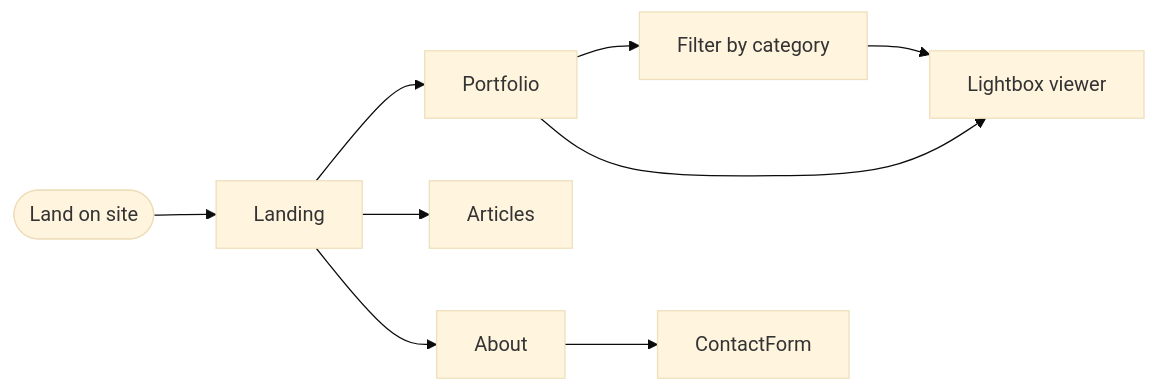
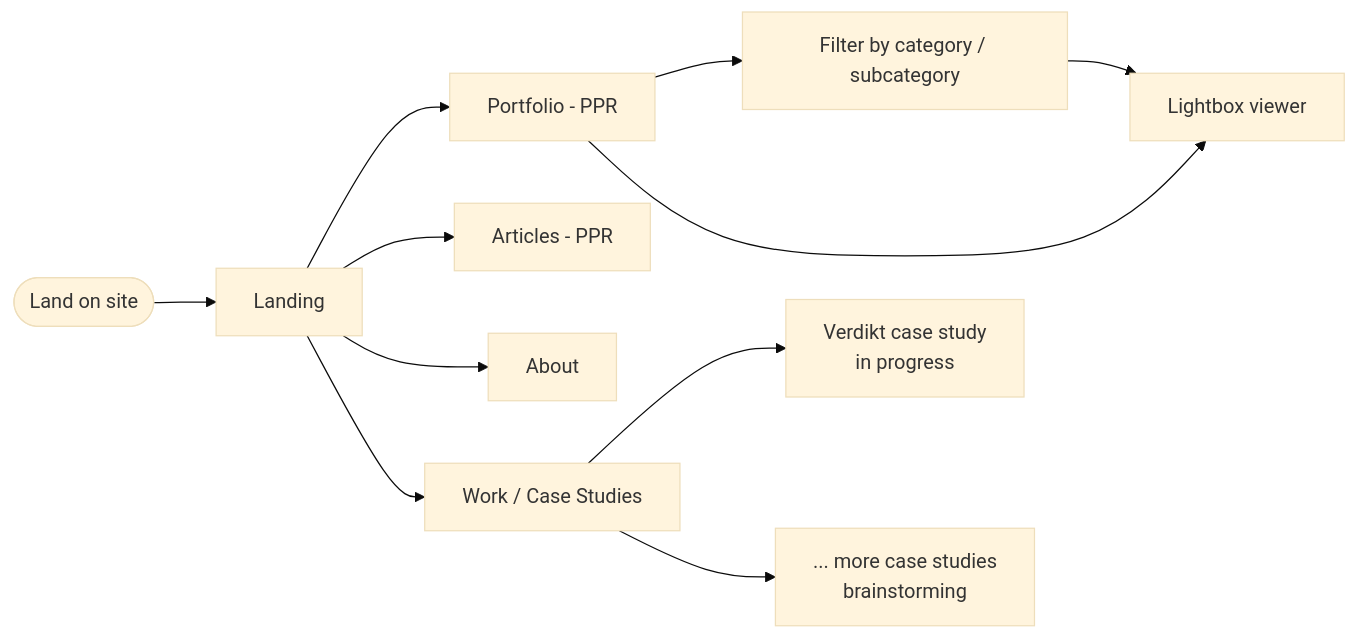
Before and after one commit to Paria-Heidari/paria-creative-vision: the diagram in docs/project_description.md, drawn with Mermaid (base theme). The commit also changed other lines of this file and 11 other files, not shown here.

````diff
--- a/docs/project_description.md
+++ b/docs/project_description.md
@@ -94,12 +106,13 @@
 ```mermaid
 flowchart LR
     Start([Land on site]) --> Landing[Landing]
-    Landing --> Portfolio[Portfolio]
-    Landing --> Articles[Articles]
+    Landing --> Portfolio[Portfolio - PPR]
+    Landing --> Articles[Articles - PPR]
     Landing --> About[About]
-    Portfolio --> Filter[Filter by category]
+    Landing --> Work[Work / Case Studies]
+    Portfolio --> Filter[Filter by category / subcategory]
     Filter --> Lightbox[Lightbox viewer]
     Portfolio --> Lightbox
-    About --> ContactForm
-    
+    Work --> Verdikt[Verdikt case study\n in progress]
+    Work --> MoreCaseStudies[... more case studies\n brainstorming]
 ```
````
